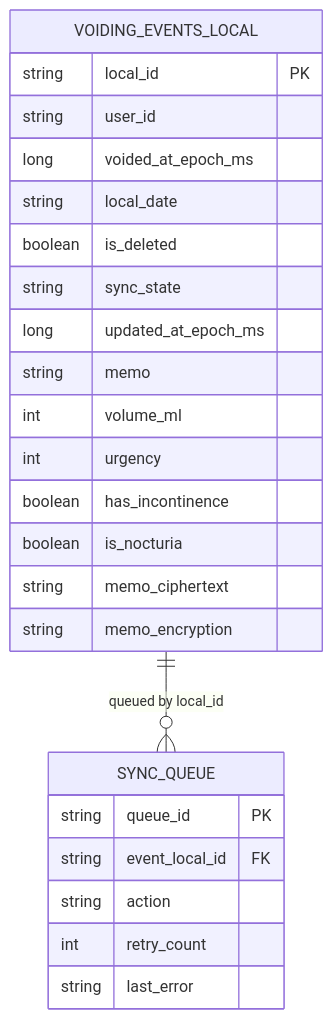
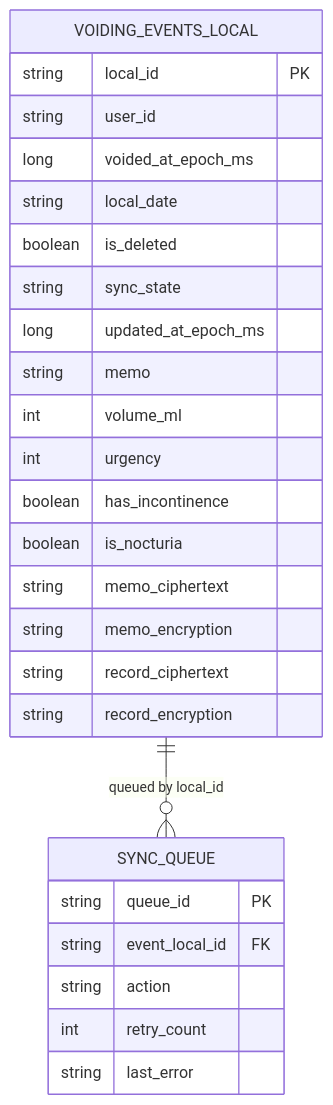
The first of 2 diagrams in docs/design-docs/data-model-er.md (younjungpark/bladder-diary), drawn with Mermaid before and after one commit. The commit also changed other lines of this file and 27 other files, not shown here.

````diff
--- a/docs/design-docs/data-model-er.md
+++ b/docs/design-docs/data-model-er.md
@@ -21,29 +21,31 @@
 ```mermaid
 erDiagram
     VOIDING_EVENTS_LOCAL {
         string local_id PK
         string user_id
         long voided_at_epoch_ms
         string local_date
         boolean is_deleted
         string sync_state
         long updated_at_epoch_ms
         string memo
         int volume_ml
         int urgency
         boolean has_incontinence
         boolean is_nocturia
         string memo_ciphertext
         string memo_encryption
+        string record_ciphertext
+        string record_encryption
     }
 
     SYNC_QUEUE {
         string queue_id PK
         string event_local_id FK
         string action
         int retry_count
         string last_error
     }
 
     VOIDING_EVENTS_LOCAL ||--o{ SYNC_QUEUE : "queued by local_id"
 ```
````
